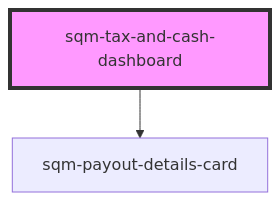
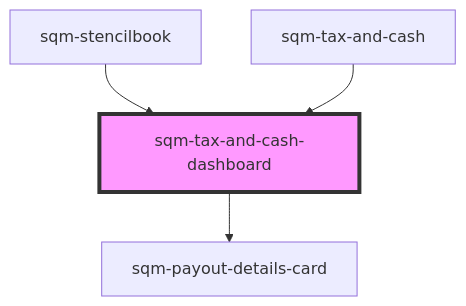
Before and after one commit to saasquatch/program-tools: the diagram in packages/mint-components/src/components/tax-and-cash/sqm-tax-and-cash-dashboard/readme.md, drawn with Mermaid. The commit also changed other lines of this file and 7 other files, not shown here.

````diff
--- a/packages/mint-components/src/components/tax-and-cash/sqm-tax-and-cash-dashboard/readme.md
+++ b/packages/mint-components/src/components/tax-and-cash/sqm-tax-and-cash-dashboard/readme.md
@@ -52,5 +57,7 @@
 ```mermaid
 graph TD;
   sqm-tax-and-cash-dashboard --> sqm-payout-details-card
+  sqm-stencilbook --> sqm-tax-and-cash-dashboard
+  sqm-tax-and-cash --> sqm-tax-and-cash-dashboard
   style sqm-tax-and-cash-dashboard fill:#f9f,stroke:#333,stroke-width:4px
 ```
````
